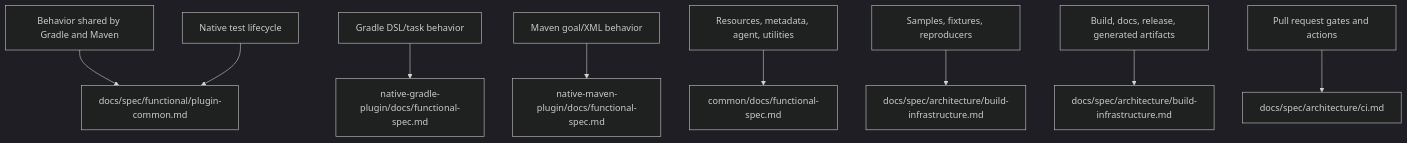
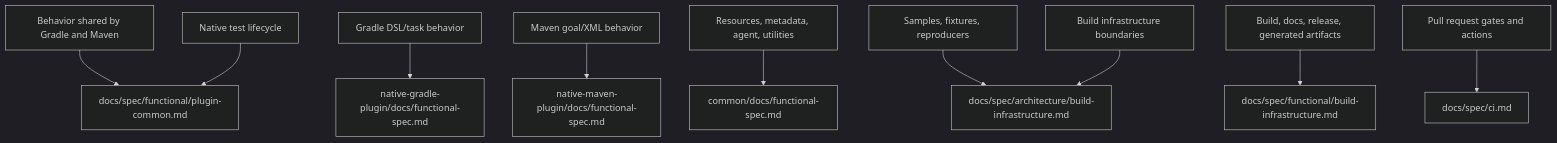
One commit to graalvm/native-build-tools changed the diagram in docs/spec/architecture/repository.md. Above: the diagram before and after it, drawn with Mermaid (dark theme). The commit also changed other lines of this file and 8 other files, not shown here.

Commit message:
Separate CI and build infrastructure specs

````diff
--- a/docs/spec/architecture/repository.md
+++ b/docs/spec/architecture/repository.md
@@ -38,11 +38,12 @@
 ```mermaid
 flowchart TD
     SharedBehavior["Behavior shared by Gradle and Maven"] --> PluginCommon["docs/spec/functional/plugin-common.md"]
     GradleBehavior["Gradle DSL/task behavior"] --> GradleSpec["native-gradle-plugin/docs/functional-spec.md"]
     MavenBehavior["Maven goal/XML behavior"] --> MavenSpec["native-maven-plugin/docs/functional-spec.md"]
     CommonBehavior["Resources, metadata, agent, utilities"] --> CommonSpec["common/docs/functional-spec.md"]
     NativeTests["Native test lifecycle"] --> PluginCommon["docs/spec/functional/plugin-common.md"]
     Fixtures["Samples, fixtures, reproducers"] --> BuildArch["docs/spec/architecture/build-infrastructure.md"]
-    BuildInfra["Build, docs, release, generated artifacts"] --> BuildSpec["docs/spec/architecture/build-infrastructure.md"]
-    CIWork["Pull request gates and actions"] --> CISpec["docs/spec/architecture/ci.md"]
+    BuildInfraStructure["Build infrastructure boundaries"] --> BuildArch["docs/spec/architecture/build-infrastructure.md"]
+    BuildInfraBehavior["Build, docs, release, generated artifacts"] --> BuildSpec["docs/spec/functional/build-infrastructure.md"]
+    CIWork["Pull request gates and actions"] --> CISpec["docs/spec/ci.md"]
 ```
````
